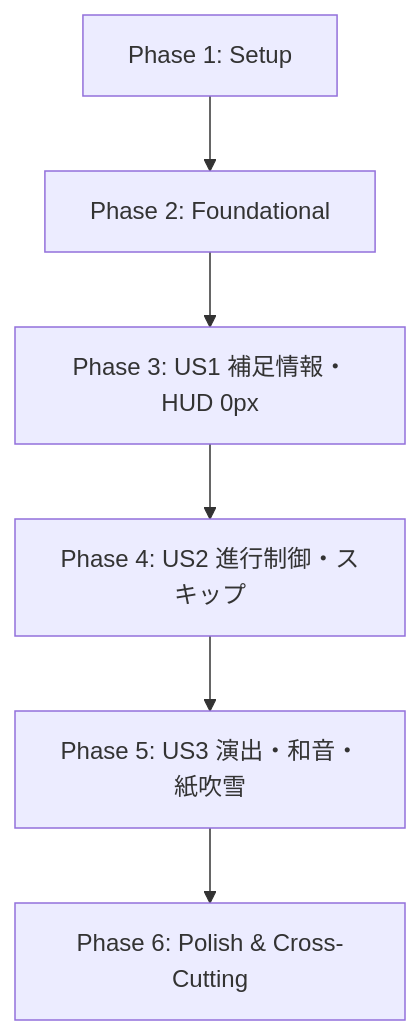
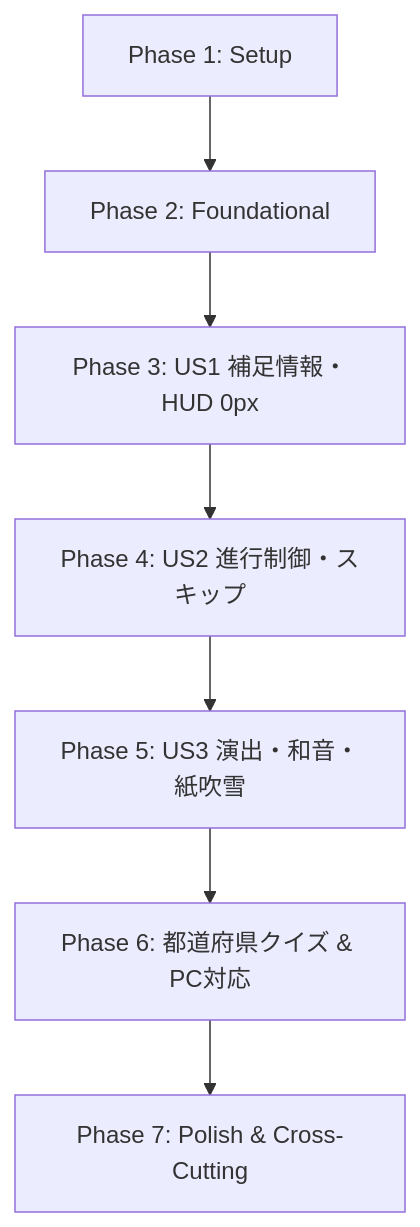
The diagram in specs/029-rich-answer-feedback/tasks.md (faruryo/geo-dojo), drawn with Mermaid before and after one commit. The commit also changed other lines of this file and 8 other files, not shown here.

````diff
--- a/specs/029-rich-answer-feedback/tasks.md
+++ b/specs/029-rich-answer-feedback/tasks.md
@@ -119,8 +131,9 @@
 ```mermaid
 flowchart TD
     P1[Phase 1: Setup] --> P2[Phase 2: Foundational]
     P2 --> P3[Phase 3: US1 補足情報・HUD 0px]
     P3 --> P4[Phase 4: US2 進行制御・スキップ]
     P4 --> P5[Phase 5: US3 演出・和音・紙吹雪]
-    P5 --> P6[Phase 6: Polish & Cross-Cutting]
+    P5 --> P6[Phase 6: 都道府県クイズ & PC対応]
+    P6 --> P7[Phase 7: Polish & Cross-Cutting]
 ```
````
